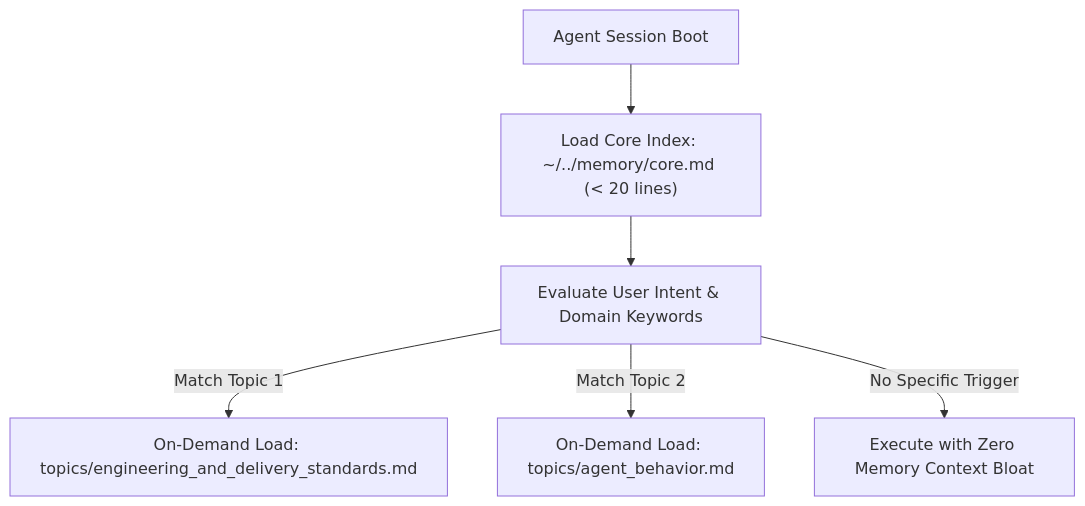
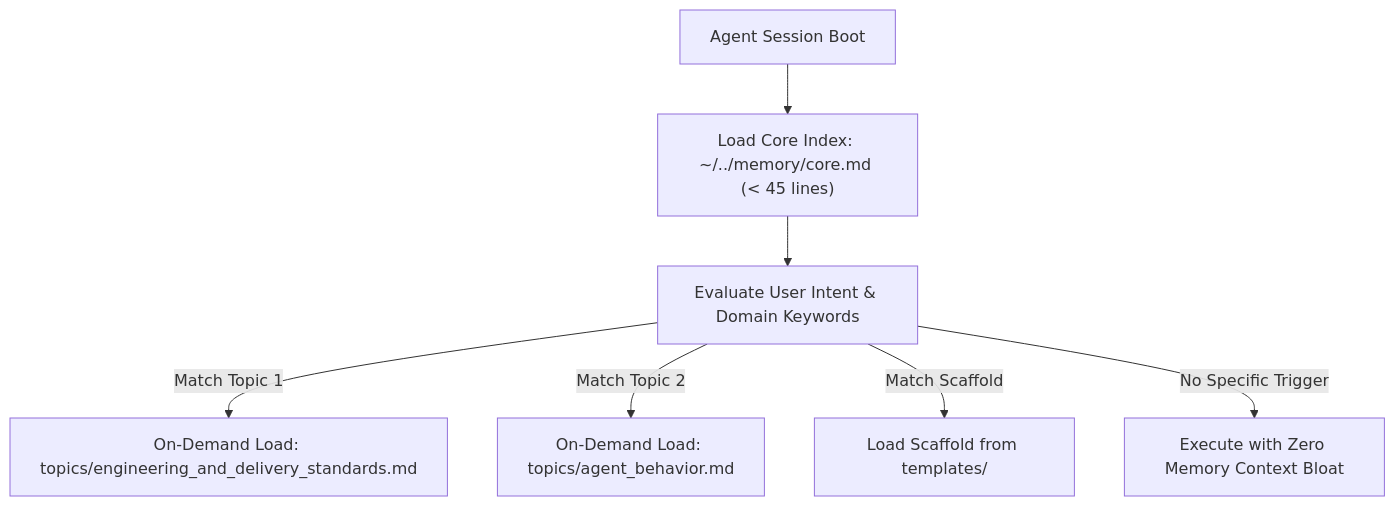
Before and after one commit to evolyob/AGY_SkillBook: the diagram in examples/memory/README.md, drawn with Mermaid. The commit also changed other lines of this file and 6 other files, not shown here.

Commit message:
refactor(memory): organize templates into examples/memory/templates and clean root specs

````diff
--- a/examples/memory/README.md
+++ b/examples/memory/README.md
@@ -11,8 +11,9 @@
 ```mermaid
 graph TD
-    Boot["Agent Session Boot"] --> LoadCore["Load Core Index: ~/../memory/core.md (< 20 lines)"]
+    Boot["Agent Session Boot"] --> LoadCore["Load Core Index: ~/../memory/core.md (< 45 lines)"]
     LoadCore --> Evaluate["Evaluate User Intent & Domain Keywords"]
     Evaluate -->|"Match Topic 1"| LoadT1["On-Demand Load: topics/engineering_and_delivery_standards.md"]
     Evaluate -->|"Match Topic 2"| LoadT2["On-Demand Load: topics/agent_behavior.md"]
+    Evaluate -->|"Match Scaffold"| LoadTemplate["Load Scaffold from templates/"]
     Evaluate -->|"No Specific Trigger"| FastExecute["Execute with Zero Memory Context Bloat"]
 ```
````
